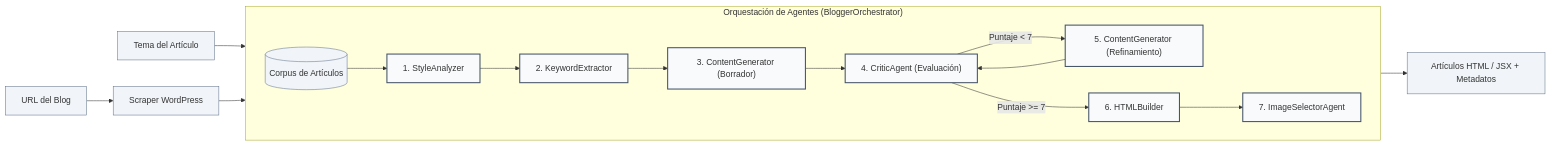
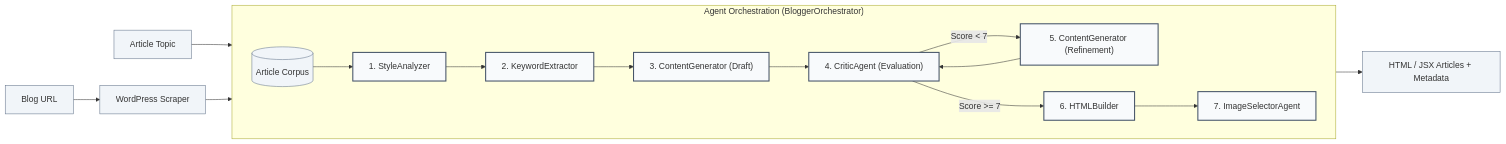
One commit to AlejandroRS21/bloggeria changed the diagram in README.md. Above: the diagram before and after it, drawn with Mermaid. The commit also changed other lines of this file, not shown here.

````diff
--- a/README.md
+++ b/README.md
@@ -263,30 +263,30 @@
 ```mermaid
 graph LR
-    %% Entrada de datos
-    Tema["Tema del Artículo"] --> Gen
-    URL["URL del Blog"] --> Scraper["Scraper WordPress"] --> Corpus[("Corpus de Artículos")]
+    %% Data inputs
+    Tema["Article Topic"] --> Gen
+    URL["Blog URL"] --> Scraper["WordPress Scraper"] --> Corpus[("Article Corpus")]
     
-    %% Flujo de agentes
-    subgraph "Orquestación de Agentes (BloggerOrchestrator)"
+    %% Agent flow
+    subgraph "Agent Orchestration (BloggerOrchestrator)"
         direction LR
         Corpus --> Style["1. StyleAnalyzer"]
         Style --> Key["2. KeywordExtractor"]
-        Key --> Gen["3. ContentGenerator (Borrador)"]
-        Gen --> Critic["4. CriticAgent (Evaluación)"]
-        Critic -- "Puntaje < 7" --> Ref["5. ContentGenerator (Refinamiento)"]
+        Key --> Gen["3. ContentGenerator (Draft)"]
+        Gen --> Critic["4. CriticAgent (Evaluation)"]
+        Critic -- "Score < 7" --> Ref["5. ContentGenerator (Refinement)"]
         Ref --> Critic
-        Critic -- "Puntaje >= 7" --> HTML["6. HTMLBuilder"]
+        Critic -- "Score >= 7" --> HTML["6. HTMLBuilder"]
         HTML --> Img["7. ImageSelectorAgent"]
     end
 
-    %% Salida y almacenamiento
-    Img --> Output["Artículos HTML / JSX + Metadatos"]
+    %% Output and storage
+    Img --> Output["HTML / JSX Articles + Metadata"]
     
-    %% Estilos visuales formales
+    %% Formal visual styles
     classDef default fill:#ffffff,stroke:#333333,stroke-width:1px;
     classDef agent fill:#f8fafc,stroke:#475569,stroke-width:2px;
     classDef io fill:#f1f5f9,stroke:#64748b,stroke-width:1px;
     
     class Style,Key,Gen,Critic,Ref,HTML,Img agent;
     class Tema,URL,Scraper,Corpus,Output io;
 ```
````
